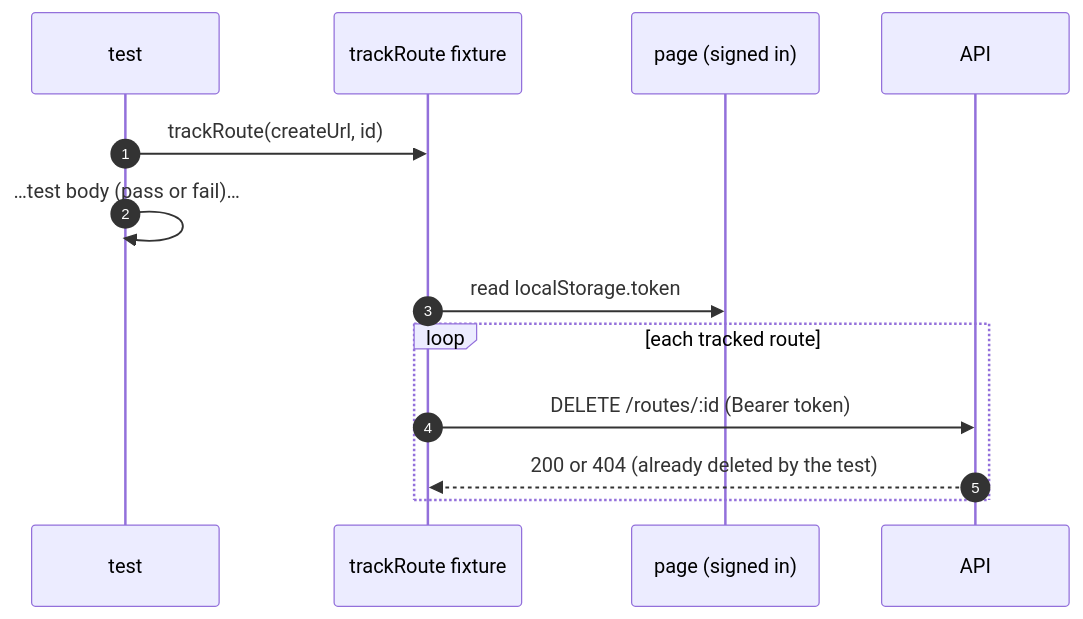
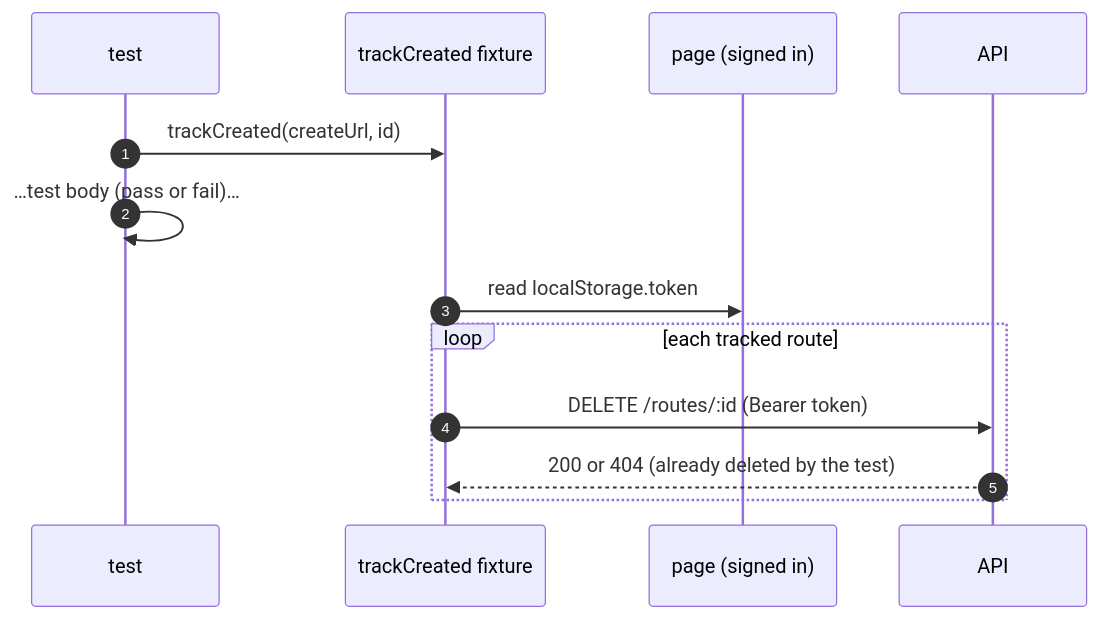
The third of 3 diagrams in client/automation-ui/docs/architecture.md (Raghavendra-Prasad-Gowda/dairy-distribution-manager-vmd), drawn with Mermaid before and after one commit. The commit also changed other lines of this file and 22 other files, not shown here.

````diff
--- a/client/automation-ui/docs/architecture.md
+++ b/client/automation-ui/docs/architecture.md
@@ -63,15 +67,15 @@
 ```mermaid
 sequenceDiagram
     autonumber
     participant T as test
-    participant F as trackRoute fixture
+    participant F as trackCreated fixture
     participant P as page (signed in)
     participant API as API
-    T->>F: trackRoute(createUrl, id)
+    T->>F: trackCreated(createUrl, id)
     T->>T: …test body (pass or fail)…
     F->>P: read localStorage.token
     loop each tracked route
         F->>API: DELETE /routes/:id (Bearer token)
         API-->>F: 200 or 404 (already deleted by the test)
     end
 ```
````
